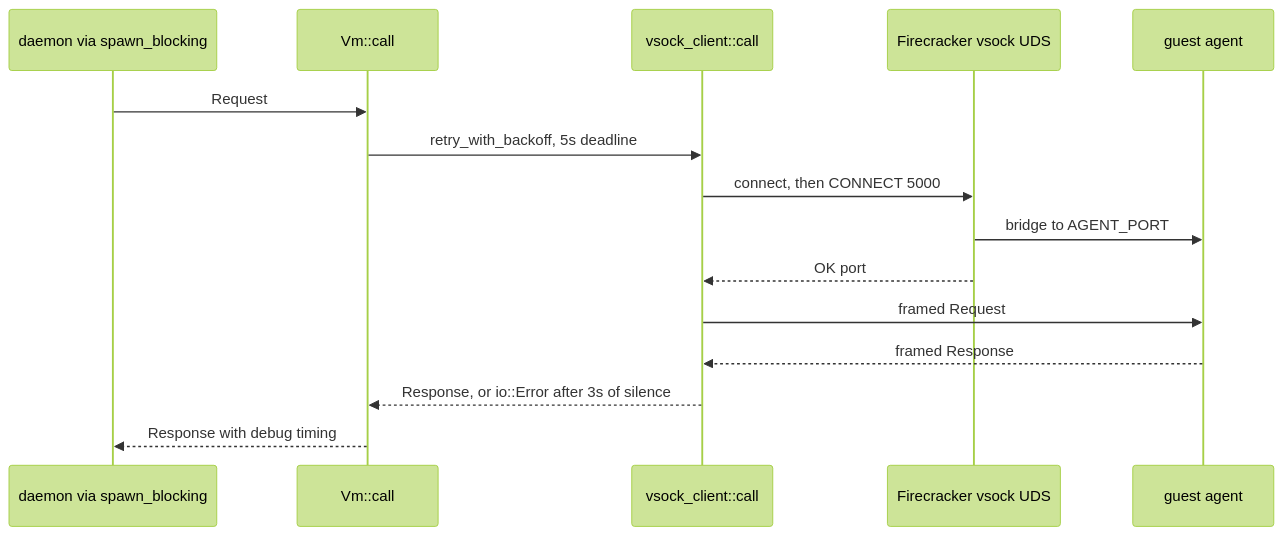
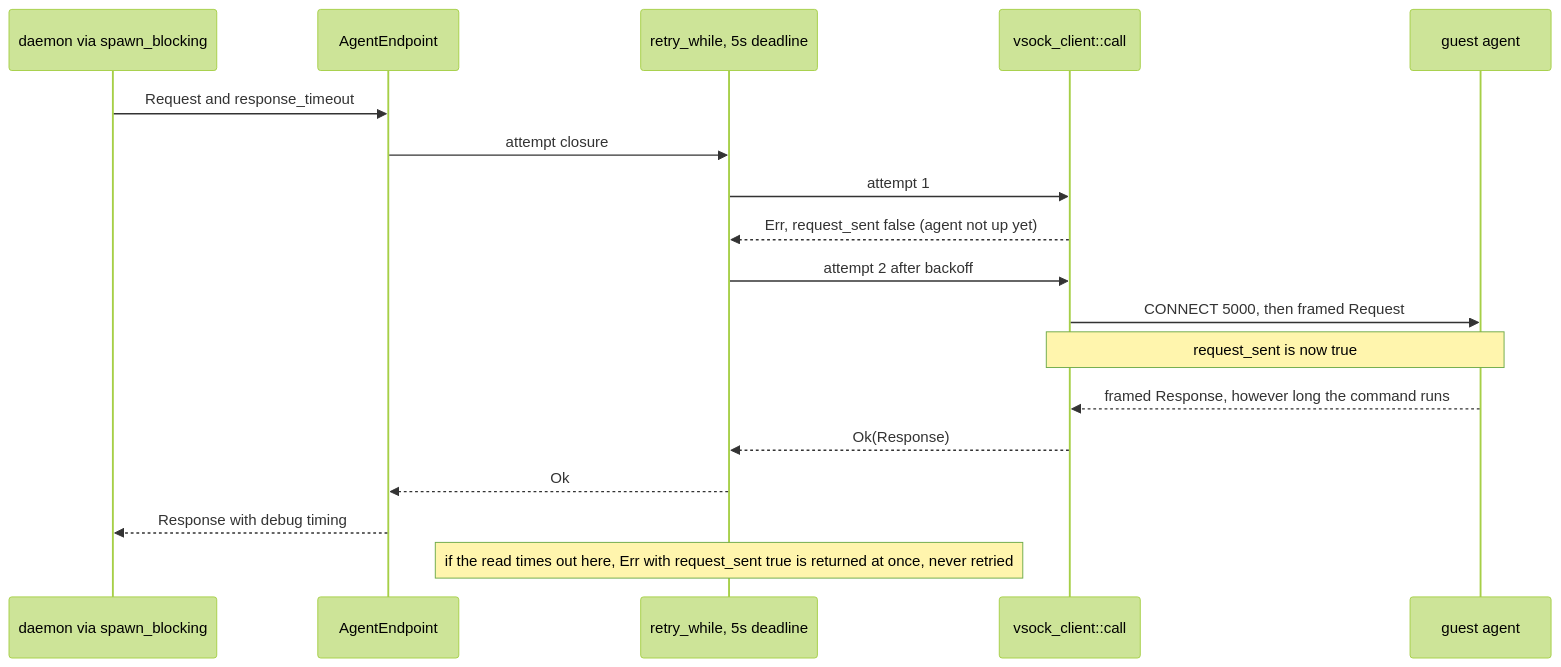
One commit to SumitKumar-17/sandkiln changed the second of 3 diagrams in website/src/content/engineering/13-crate-vmm.md. Above: the diagram before and after it, drawn with Mermaid (forest theme). The commit also changed other lines of this file and 91 other files, not shown here.

````diff
--- a/website/src/content/engineering/13-crate-vmm.md
+++ b/website/src/content/engineering/13-crate-vmm.md
@@ -147,17 +174,20 @@
 ```mermaid
 sequenceDiagram
     participant D as daemon via spawn_blocking
-    participant V as Vm::call
+    participant E as AgentEndpoint
+    participant R as retry_while, 5s deadline
     participant C as vsock_client::call
-    participant F as Firecracker vsock UDS
     participant G as guest agent
-    D->>V: Request
-    V->>C: retry_with_backoff, 5s deadline
-    C->>F: connect, then CONNECT 5000
-    F->>G: bridge to AGENT_PORT
-    F-->>C: OK port
-    C->>G: framed Request
-    G-->>C: framed Response
-    C-->>V: Response, or io::Error after 3s of silence
-    V-->>D: Response with debug timing
+    D->>E: Request and response_timeout
+    E->>R: attempt closure
+    R->>C: attempt 1
+    C-->>R: Err, request_sent false (agent not up yet)
+    R->>C: attempt 2 after backoff
+    C->>G: CONNECT 5000, then framed Request
+    Note over C,G: request_sent is now true
+    G-->>C: framed Response, however long the command runs
+    C-->>R: Ok(Response)
+    R-->>E: Ok
+    E-->>D: Response with debug timing
+    Note over R: if the read times out here, Err with request_sent true is returned at once, never retried
 ```
````
